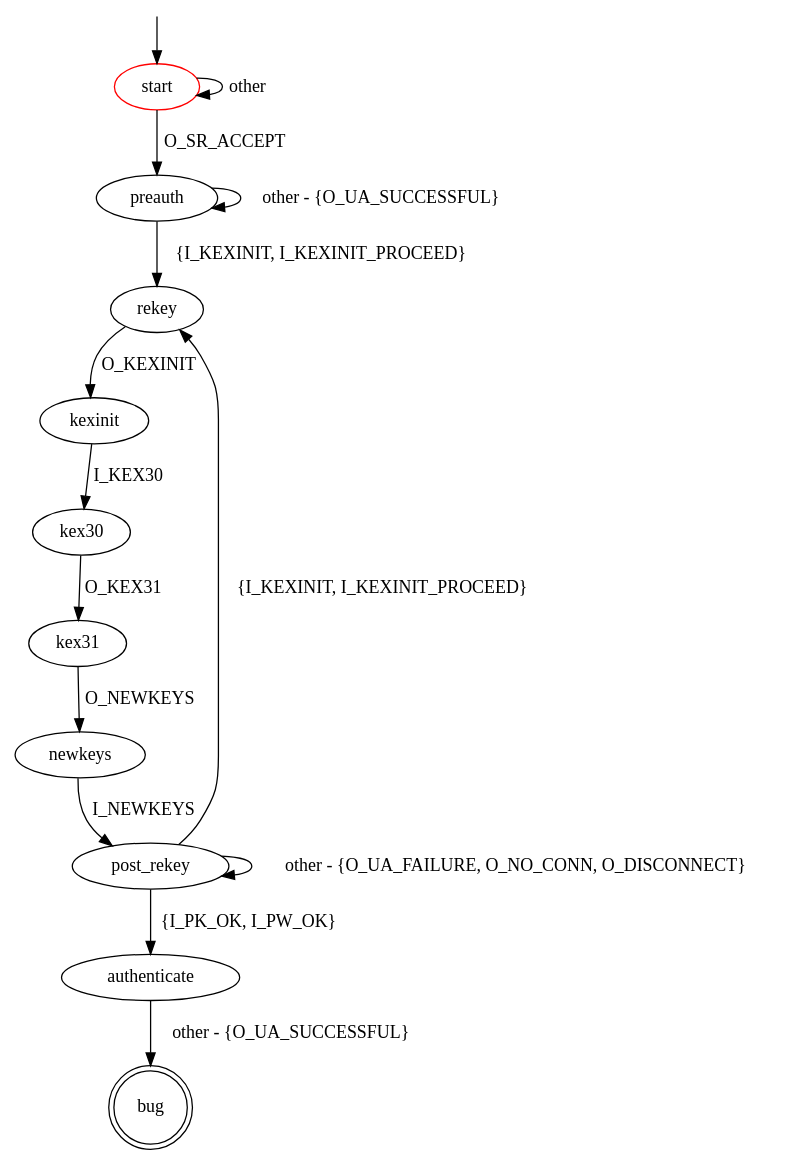
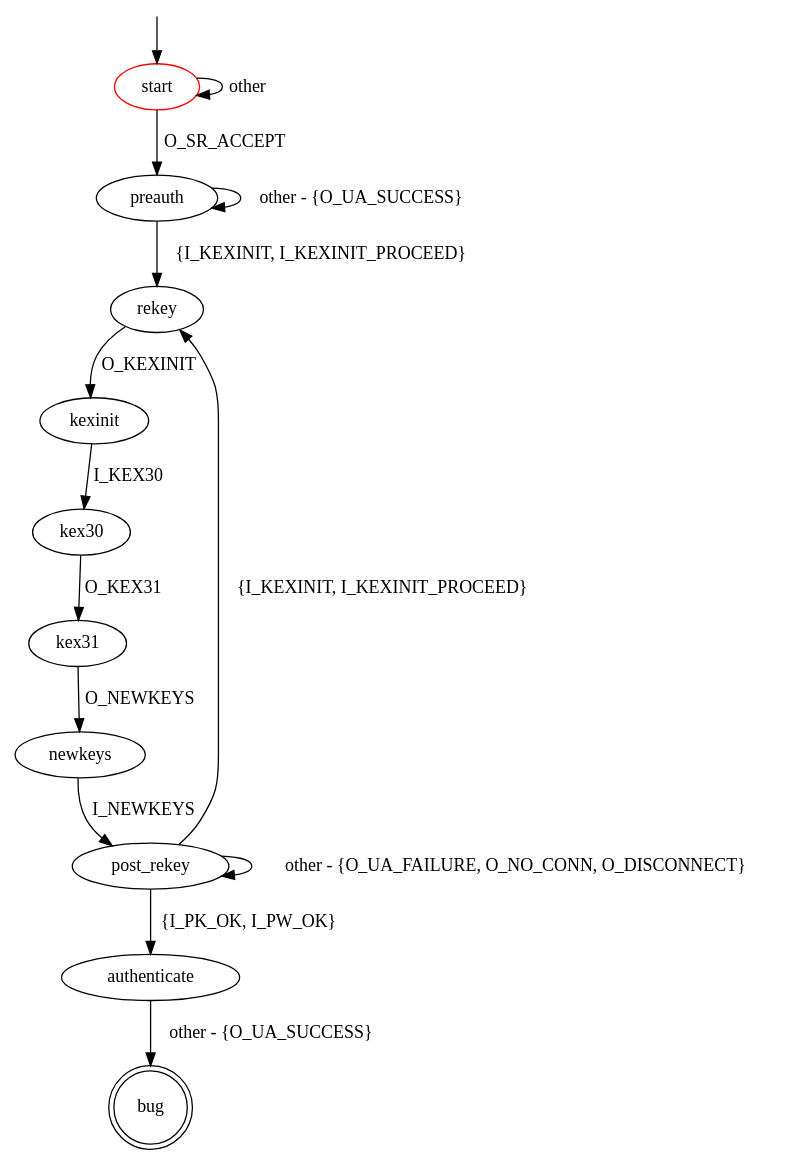
The diagram in src/main/resources/bugpatterns/ssh/auth_failure_after_rekey.dot (assist-project/state-machine-bug-finder), drawn with Graphviz before and after one commit. The commit also changed 2 other files, not shown here.

Commit message:
Final updates to bug patterns

```diff
--- a/src/main/resources/bugpatterns/ssh/auth_failure_after_rekey.dot
+++ b/src/main/resources/bugpatterns/ssh/auth_failure_after_rekey.dot
@@ -1,26 +1,26 @@
 digraph G {
 label=""
 start [color="red"]
 bug [shape="doublecircle"]
 
 start -> preauth [label="O_SR_ACCEPT"]
 start -> start [label="other"]
 
 preauth -> rekey [label="{I_KEXINIT, I_KEXINIT_PROCEED}"]
-preauth -> preauth [label="other - {O_UA_SUCCESSFUL}"]
+preauth -> preauth [label="other - {O_UA_SUCCESS}"]
 
 post_rekey -> rekey [label="{I_KEXINIT, I_KEXINIT_PROCEED}"]
 post_rekey -> authenticate [label="{I_PK_OK, I_PW_OK}"]
 post_rekey -> post_rekey [label="other - {O_UA_FAILURE, O_NO_CONN, O_DISCONNECT}"]
 
-authenticate -> bug [label="other - {O_UA_SUCCESSFUL}"]
+authenticate -> bug [label="other - {O_UA_SUCCESS}"]
 
 rekey -> kexinit [label="O_KEXINIT"]
 kexinit -> kex30 [label="I_KEX30"]
 kex30 -> kex31 [label="O_KEX31"]
 kex31 -> newkeys [label="O_NEWKEYS"]
 newkeys -> post_rekey [label="I_NEWKEYS"]
 
 __start0 [label="" shape="none" width="0" height="0"];
 __start0 -> start;
 }
```
